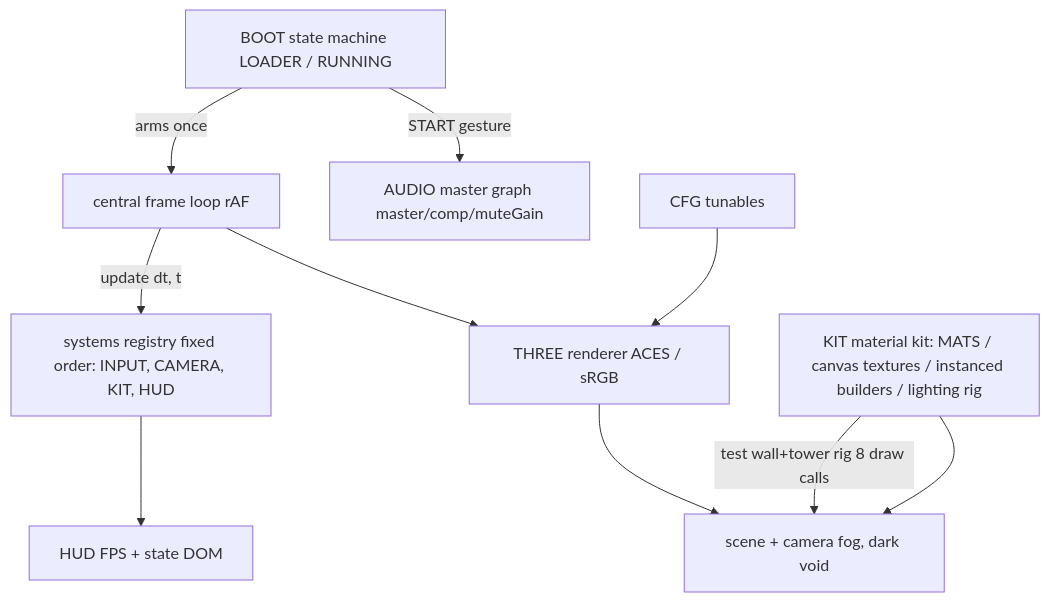
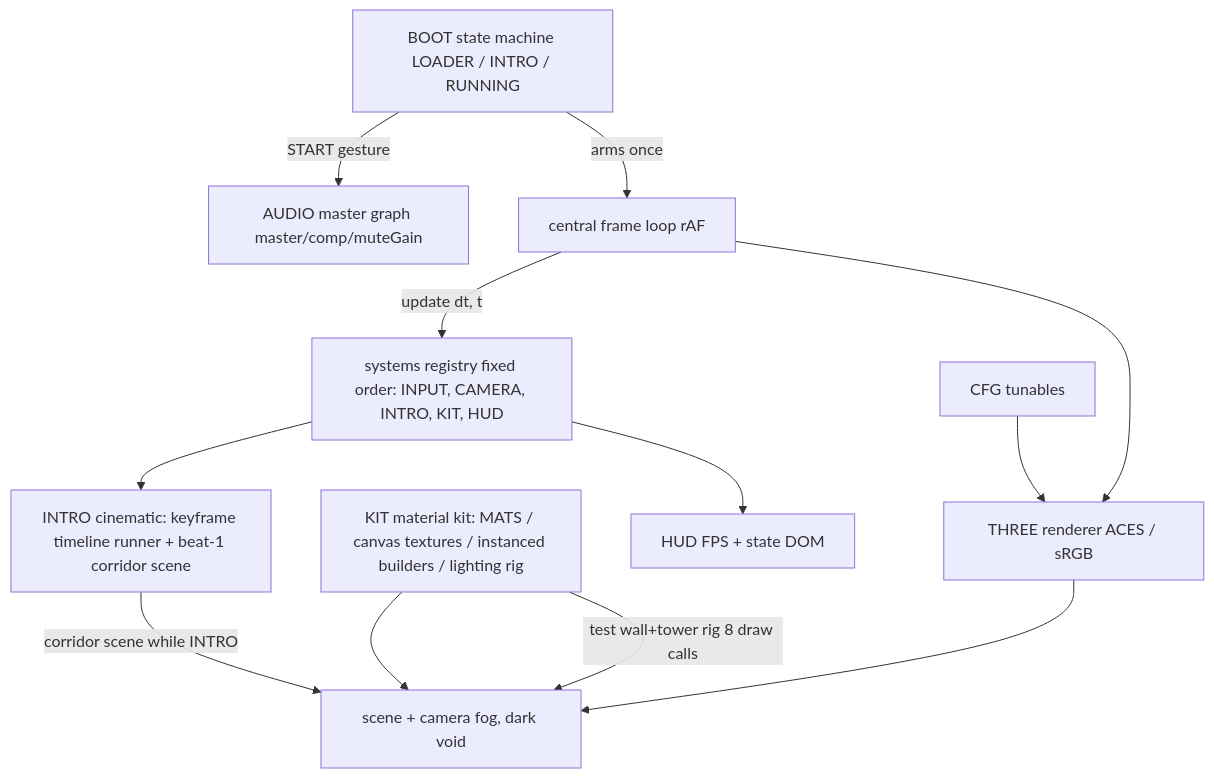
Before and after one commit to dilled/3dVoxelDemo: the diagram in brain/architecture.md, drawn with Mermaid. The commit also changed other lines of this file and 1 other file, not shown here.

Commit message:
chore(brain): sync through 113ea15865bc

````diff
--- a/brain/architecture.md
+++ b/brain/architecture.md
@@ -14,12 +14,14 @@
 ```mermaid
 graph TD
   CFG[CFG tunables] --> R
-  BOOT[BOOT state machine LOADER / RUNNING] -->|START gesture| AUDIO[AUDIO master graph master/comp/muteGain]
+  BOOT[BOOT state machine LOADER / INTRO / RUNNING] -->|START gesture| AUDIO[AUDIO master graph master/comp/muteGain]
   BOOT -->|arms once| LOOP[central frame loop rAF]
-  LOOP -->|update dt, t| REG[systems registry fixed order: INPUT, CAMERA, KIT, HUD]
+  LOOP -->|update dt, t| REG[systems registry fixed order: INPUT, CAMERA, INTRO, KIT, HUD]
+  REG --> INTRO[INTRO cinematic: keyframe timeline runner + beat-1 corridor scene]
+  INTRO -->|corridor scene while INTRO| SC
   REG --> HUD[HUD FPS + state DOM]
   KIT[KIT material kit: MATS / canvas textures / instanced builders / lighting rig] --> SC
   KIT -->|test wall+tower rig 8 draw calls| SC
   LOOP --> R[THREE renderer ACES / sRGB]
   R --> SC[scene + camera fog, dark void]
 ```
````
